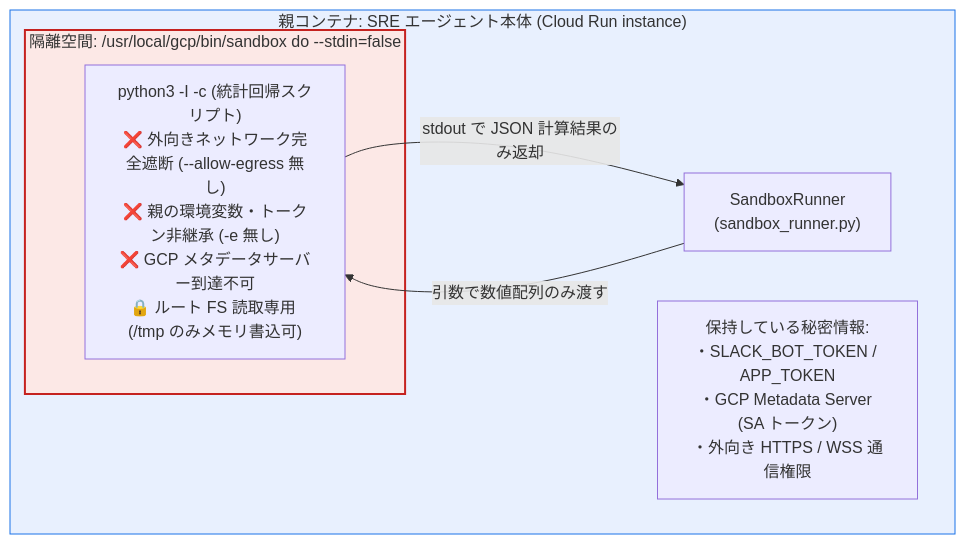
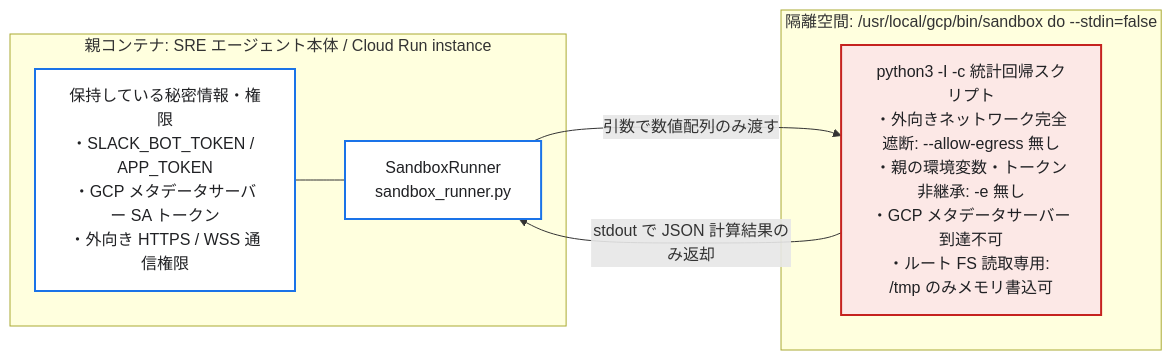
Before and after one commit to tyorikan/agentic-sre-handson: the second of 2 diagrams in docs/03-diagnostic-agent-and-sandbox.md, drawn with Mermaid. The commit also changed other lines of this file and 26 other files, not shown here.

Commit message:
docs: プロダクトアイコン付き構成図・シーケンス図 PNG (全19図) の追加と折りたたみ Mermaid 定義の精緻化

````diff
--- a/docs/03-diagnostic-agent-and-sandbox.md
+++ b/docs/03-diagnostic-agent-and-sandbox.md
@@ -71,17 +91,20 @@
 ```mermaid
-flowchart TB
-    subgraph HostContainer["親コンテナ: SRE エージェント本体 (Cloud Run instance)"]
-        Env["保持している秘密情報:<br/>・SLACK_BOT_TOKEN / APP_TOKEN<br/>・GCP Metadata Server (SA トークン)<br/>・外向き HTTPS / WSS 通信権限"]
-        Runner["SandboxRunner<br/>(sandbox_runner.py)"]
-
-        subgraph IsolatedSandbox["隔離空間: /usr/local/gcp/bin/sandbox do --stdin=false"]
-            Calc["python3 -I -c (統計回帰スクリプト)<br/>❌ 外向きネットワーク完全遮断 (--allow-egress 無し)<br/>❌ 親の環境変数・トークン非継承 (-e 無し)<br/>❌ GCP メタデータサーバー到達不可<br/>🔒 ルート FS 読取専用 (/tmp のみメモリ書込可)"]
-        end
-
-        Runner -->|"引数で数値配列のみ渡す"| Calc
-        Calc -->|"stdout で JSON 計算結果のみ返却"| Runner
+flowchart LR
+    subgraph HostContainer["親コンテナ: SRE エージェント本体 / Cloud Run instance"]
+        Env["保持している秘密情報・権限<br/>・SLACK_BOT_TOKEN / APP_TOKEN<br/>・GCP メタデータサーバー SA トークン<br/>・外向き HTTPS / WSS 通信権限"]
+        Runner["SandboxRunner<br/>sandbox_runner.py"]
+        Env --- Runner
     end
 
-    style IsolatedSandbox fill:#fce8e6,stroke:#c5221f,stroke-width:2px
-    style HostContainer fill:#e8f0fe,stroke:#1a73e8
+    subgraph IsolatedSandbox["隔離空間: /usr/local/gcp/bin/sandbox do --stdin=false"]
+        Calc["python3 -I -c 統計回帰スクリプト<br/>・外向きネットワーク完全遮断: --allow-egress 無し<br/>・親の環境変数・トークン非継承: -e 無し<br/>・GCP メタデータサーバー到達不可<br/>・ルート FS 読取専用: /tmp のみメモリ書込可"]
+    end
+
+    Runner -->|"引数で数値配列のみ渡す"| Calc
+    Calc -->|"stdout で JSON 計算結果のみ返却"| Runner
+
+    classDef host fill:#ffffff,stroke:#1a73e8,stroke-width:2px,color:#202124;
+    classDef iso fill:#fce8e6,stroke:#c5221f,stroke-width:2px,color:#202124;
+    class Env,Runner host;
+    class Calc iso;
 ```
````
